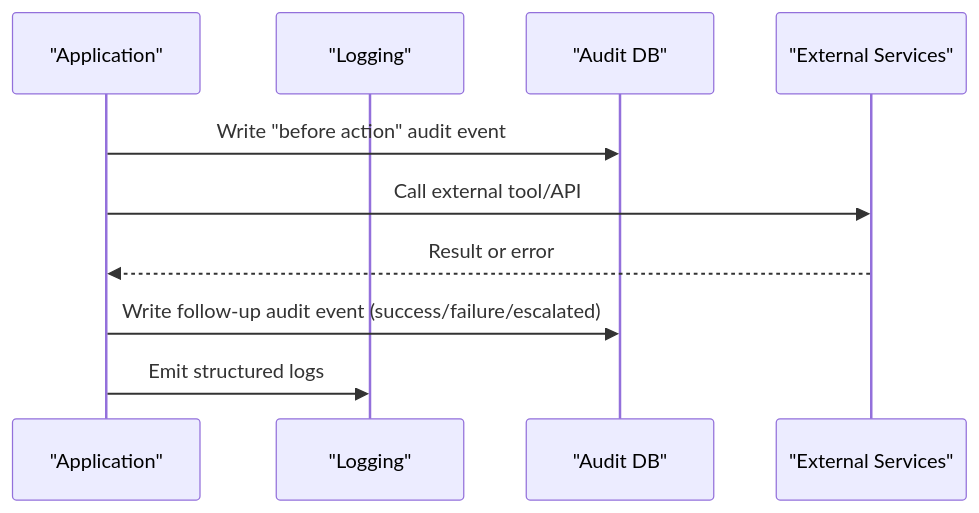
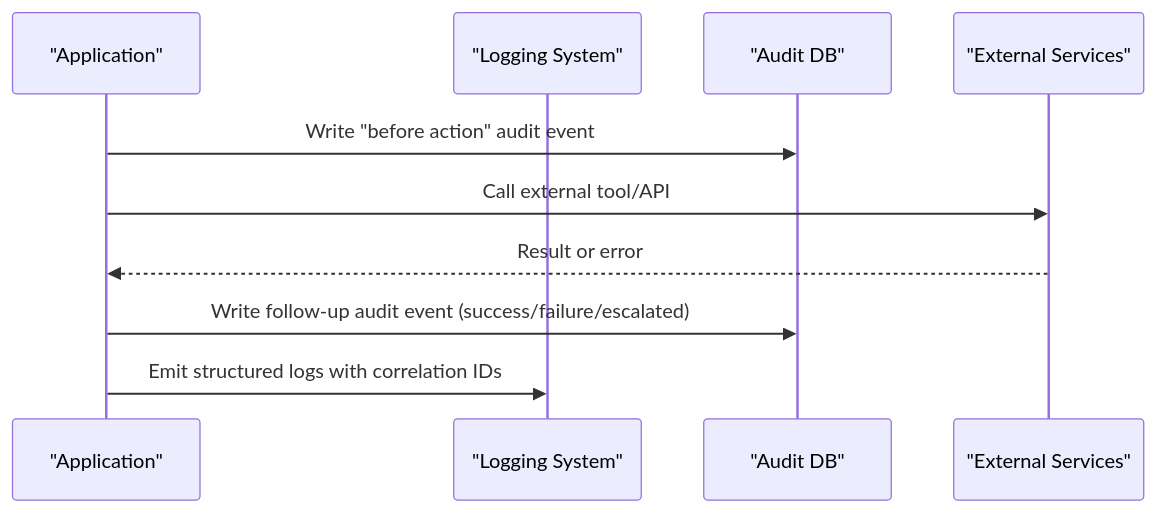
One commit to infamous-rebel/CareBridge changed the third of 4 diagrams in .qoder/repowiki/en/content/Deployment Guide.md. Above: the diagram before and after it, drawn with Mermaid. The commit also changed other lines of this file and 12 other files, not shown here.

````diff
--- a/.qoder/repowiki/en/content/Deployment Guide.md
+++ b/.qoder/repowiki/en/content/Deployment Guide.md
@@ -207,12 +312,12 @@
 ```mermaid
 sequenceDiagram
 participant App as "Application"
-participant Log as "Logging"
+participant Log as "Logging System"
 participant DB as "Audit DB"
 participant Ext as "External Services"
 App->>DB : Write "before action" audit event
 App->>Ext : Call external tool/API
 Ext-->>App : Result or error
 App->>DB : Write follow-up audit event (success/failure/escalated)
-App->>Log : Emit structured logs
+App->>Log : Emit structured logs with correlation IDs
 ```
````
